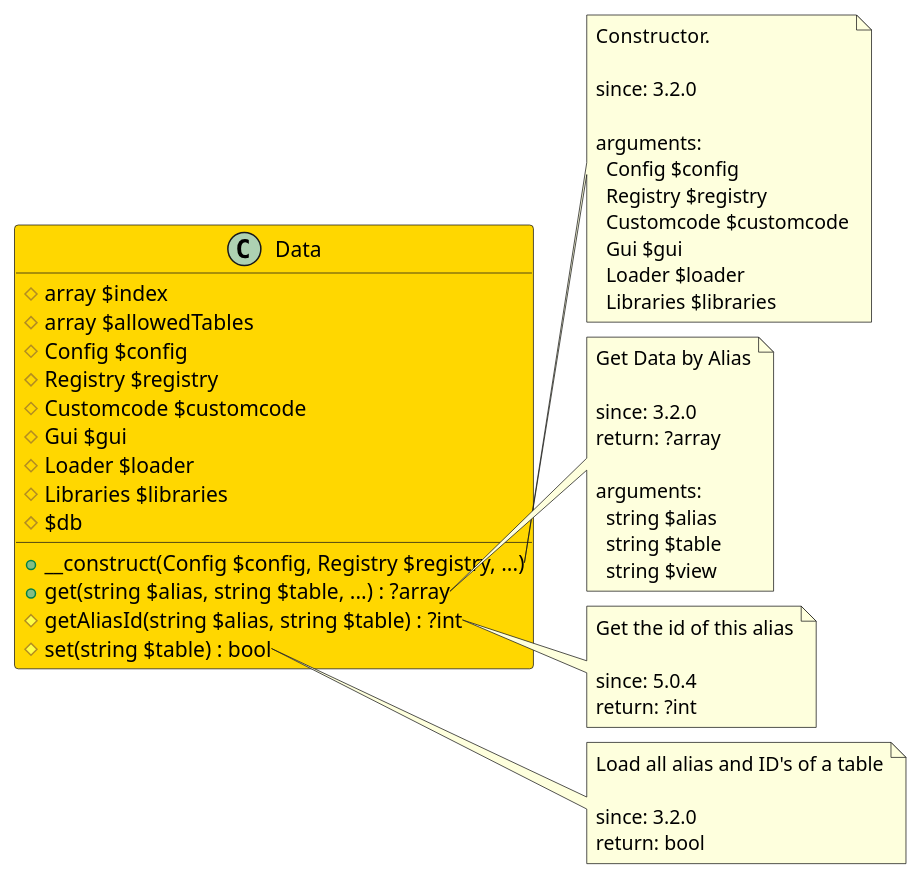
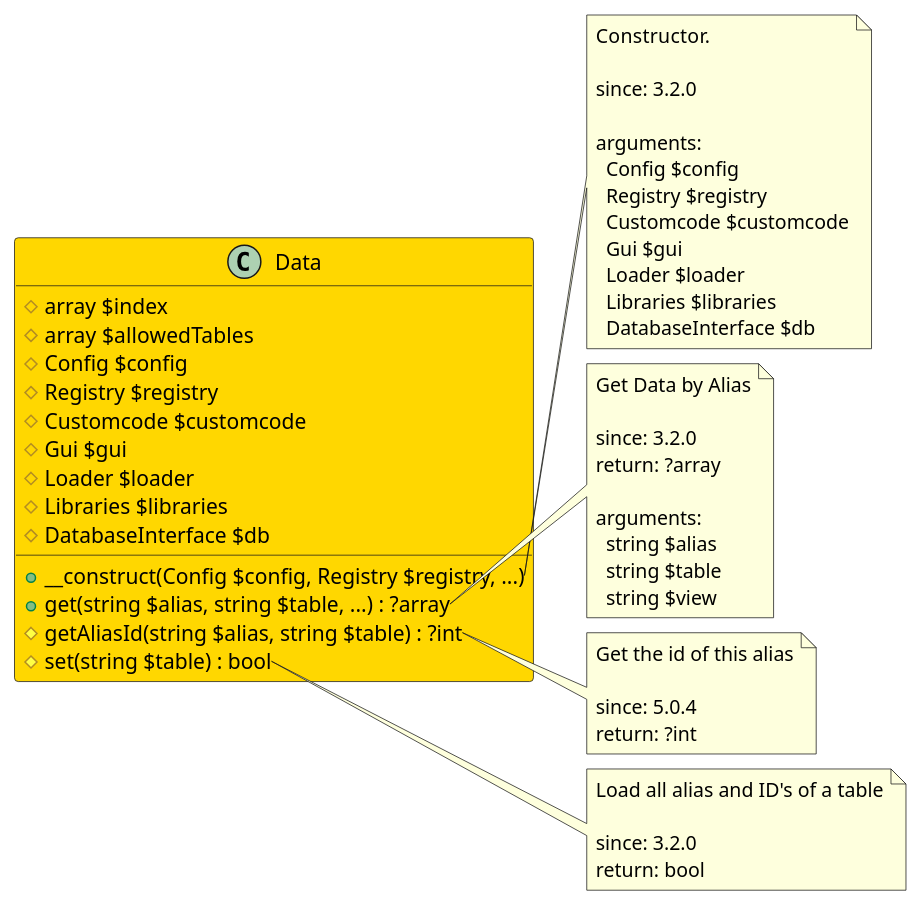
Before and after one commit to joomengine/jcb-compiler: the diagram in src/f05ac28d-44f4-4e6d-a1be-5c8ae6baf69c/README.md, drawn with PlantUML. The commit also changed 440 other files, not shown here.

````diff
--- a/src/f05ac28d-44f4-4e6d-a1be-5c8ae6baf69c/README.md
+++ b/src/f05ac28d-44f4-4e6d-a1be-5c8ae6baf69c/README.md
@@ -5,61 +5,62 @@
 ```uml
 @startuml
 
 class Data  #Gold {
   # array $index
   # array $allowedTables
   # Config $config
   # Registry $registry
   # Customcode $customcode
   # Gui $gui
   # Loader $loader
   # Libraries $libraries
-  # $db
+  # DatabaseInterface $db
   + __construct(Config $config, Registry $registry, ...)
   + get(string $alias, string $table, ...) : ?array
   # getAliasId(string $alias, string $table) : ?int
   # set(string $table) : bool
 }
 
 note right of Data::__construct
   Constructor.
 
   since: 3.2.0
   
   arguments:
     Config $config
     Registry $registry
     Customcode $customcode
     Gui $gui
     Loader $loader
     Libraries $libraries
+    DatabaseInterface $db
 end note
 
 note right of Data::get
   Get Data by Alias
 
   since: 3.2.0
   return: ?array
   
   arguments:
     string $alias
     string $table
     string $view
 end note
 
 note right of Data::getAliasId
   Get the id of this alias
 
   since: 5.0.4
   return: ?int
 end note
 
 note right of Data::set
   Load all alias and ID's of a table
 
   since: 3.2.0
   return: bool
 end note
 
 @enduml
 ```
````
